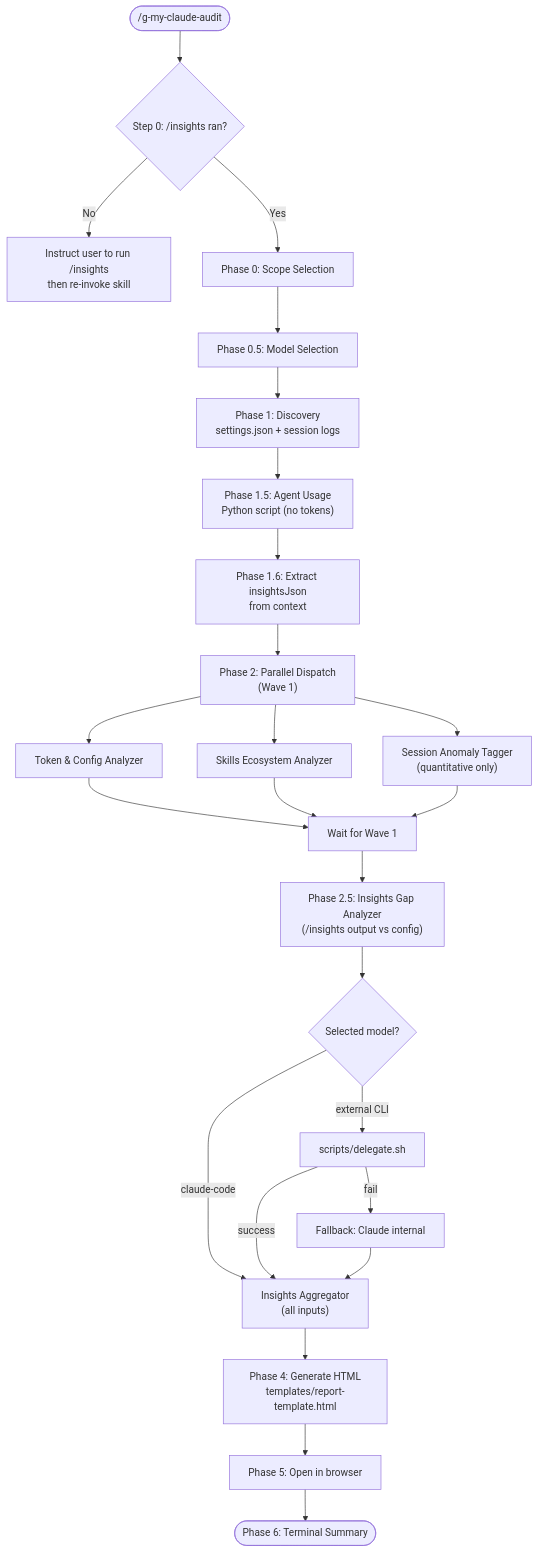
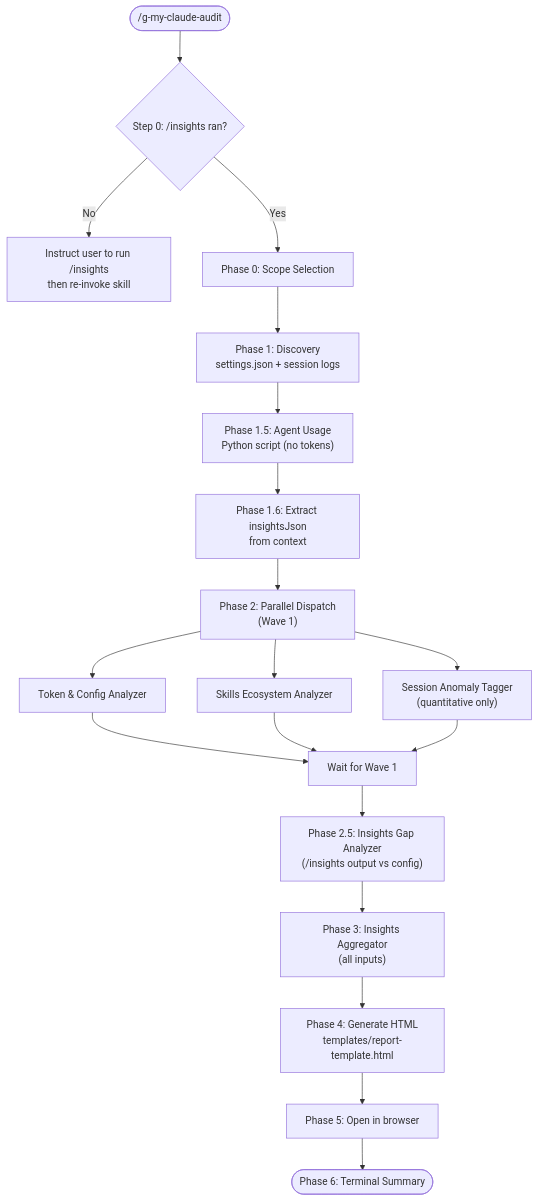
One commit to gloriaJun/grimoire changed the diagram in skills/my-claude-audit/SKILL.md. Above: the diagram before and after it, drawn with Mermaid. The commit also changed other lines of this file and 4 other files, not shown here.

````diff
--- a/skills/my-claude-audit/SKILL.md
+++ b/skills/my-claude-audit/SKILL.md
@@ -17,29 +16,23 @@
 ```mermaid
 flowchart TD
     A(["/g-my-claude-audit"]) --> S0{"Step 0: /insights ran?"}
     S0 -- "No" --> S0B["Instruct user to run /insights\nthen re-invoke skill"]
     S0 -- "Yes" --> B["Phase 0: Scope Selection"]
-    B --> C["Phase 0.5: Model Selection"]
-    C --> D["Phase 1: Discovery\nsettings.json + session logs"]
+    B --> D["Phase 1: Discovery\nsettings.json + session logs"]
     D --> D2["Phase 1.5: Agent Usage\nPython script (no tokens)"]
     D2 --> D3["Phase 1.6: Extract insightsJson\nfrom context"]
     D3 --> E["Phase 2: Parallel Dispatch\n(Wave 1)"]
 
     E --> F1["Token & Config Analyzer"]
     E --> F2["Skills Ecosystem Analyzer"]
     E --> F3["Session Anomaly Tagger\n(quantitative only)"]
 
     F1 & F2 & F3 --> G["Wait for Wave 1"]
     G --> G2["Phase 2.5: Insights Gap Analyzer\n(/insights output vs config)"]
 
-    G2 --> H{"Selected model?"}
-    H -- "external CLI" --> I["scripts/delegate.sh"]
-    H -- "claude-code" --> J["Insights Aggregator\n(all inputs)"]
-    I -- "success" --> J
-    I -- "fail" --> K["Fallback: Claude internal"]
-    K --> J
+    G2 --> J["Phase 3: Insights Aggregator\n(all inputs)"]
 
     J --> L["Phase 4: Generate HTML\ntemplates/report-template.html"]
     L --> M["Phase 5: Open in browser"]
     M --> N(["Phase 6: Terminal Summary"])
 ```
````
